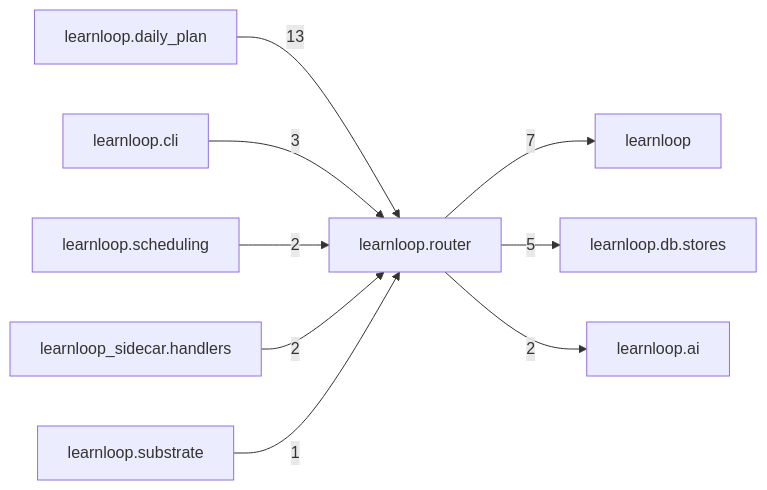
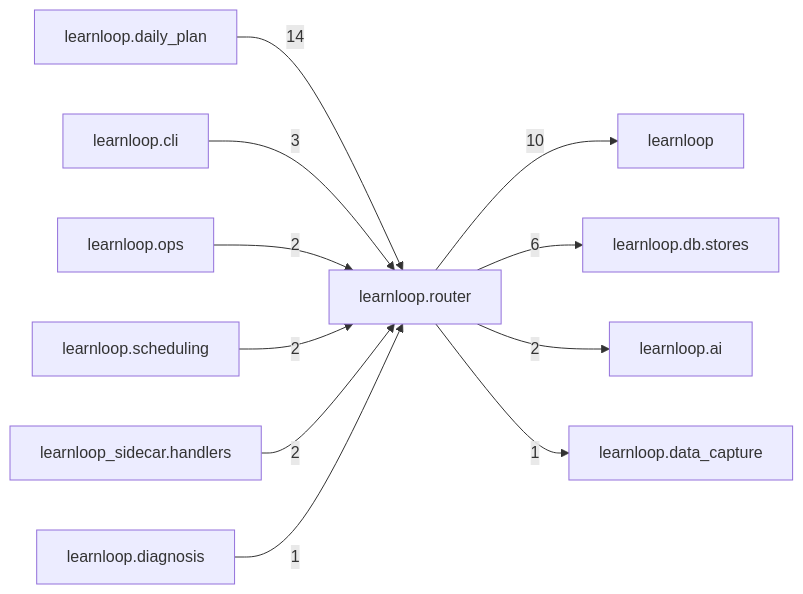
One commit to 6up-b/learnanything changed the diagram in docs/learnloop-architecture-vault/Reference/Modules/learnloop/router/_package.md. Above: the diagram before and after it, drawn with Mermaid. The commit also changed other lines of this file and 590 other files, not shown here.

Commit message:
Data capture landing: references regenerated at migration 240 (db reference 379 table notes, errors []; desktop 317 TS and 6 Rust notes; module catalog 1172 notes and 64 package maps, with learnloop.data_capture described; vault validation passes)

````diff
--- a/docs/learnloop-architecture-vault/Reference/Modules/learnloop/router/_package.md
+++ b/docs/learnloop-architecture-vault/Reference/Modules/learnloop/router/_package.md
@@ -89,20 +95,24 @@
 ```mermaid
 flowchart LR
     center["learnloop.router"]
     n_learnloop_daily_plan["learnloop.daily_plan"]
     n_learnloop["learnloop"]
     n_learnloop_db_stores["learnloop.db.stores"]
     n_learnloop_cli["learnloop.cli"]
     n_learnloop_ai["learnloop.ai"]
+    n_learnloop_ops["learnloop.ops"]
     n_learnloop_scheduling["learnloop.scheduling"]
     n_learnloop_sidecar_handlers["learnloop_sidecar.handlers"]
-    n_learnloop_substrate["learnloop.substrate"]
-    n_learnloop_daily_plan -->|13| center
-    center -->|7| n_learnloop
-    center -->|5| n_learnloop_db_stores
+    n_learnloop_data_capture["learnloop.data_capture"]
+    n_learnloop_diagnosis["learnloop.diagnosis"]
+    n_learnloop_daily_plan -->|14| center
+    center -->|10| n_learnloop
+    center -->|6| n_learnloop_db_stores
     n_learnloop_cli -->|3| center
     center -->|2| n_learnloop_ai
+    n_learnloop_ops -->|2| center
     n_learnloop_scheduling -->|2| center
     n_learnloop_sidecar_handlers -->|2| center
-    n_learnloop_substrate -->|1| center
+    center -->|1| n_learnloop_data_capture
+    n_learnloop_diagnosis -->|1| center
 ```
````
